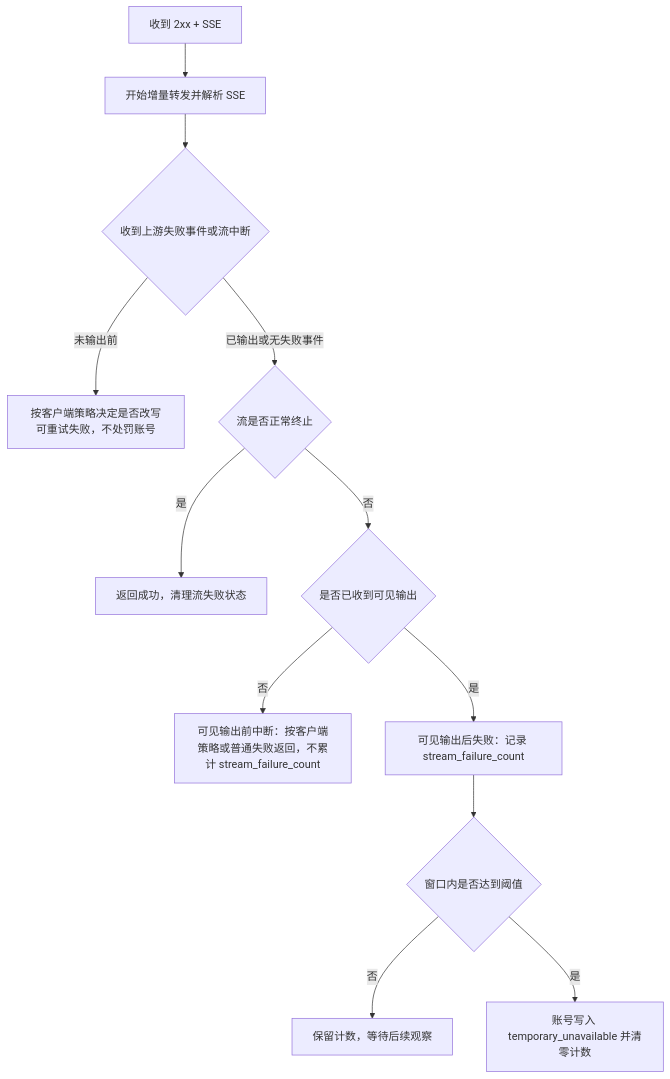
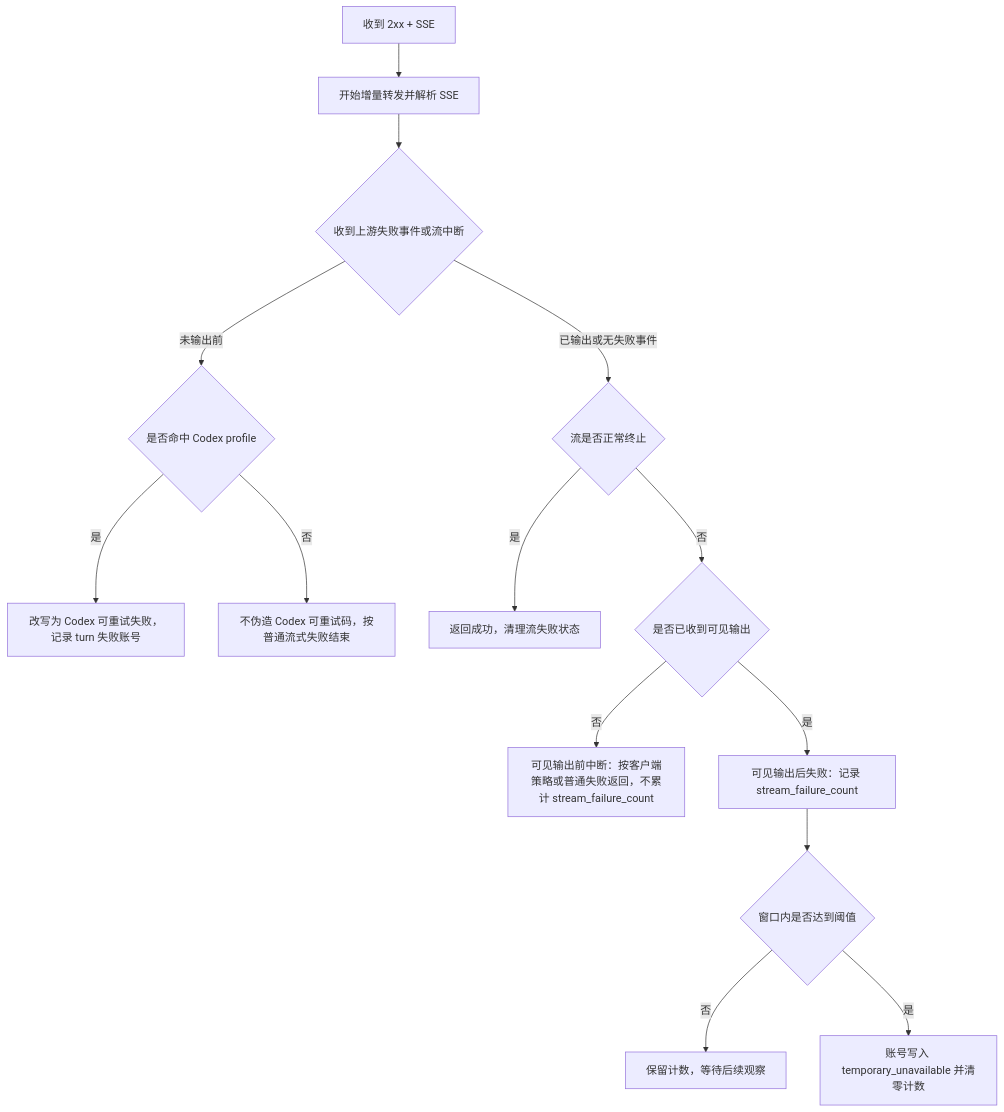
Before and after one commit to huanmin123/juhe-ai: the second of 2 diagrams in docs/functions/网关异常重试与兜底策略.md, drawn with Mermaid. The commit also changed other lines of this file and 47 other files, not shown here.

````diff
--- a/docs/functions/网关异常重试与兜底策略.md
+++ b/docs/functions/网关异常重试与兜底策略.md
@@ -91,14 +91,16 @@
 ```mermaid
 flowchart TD
   A["收到 2xx + SSE"] --> B["开始增量转发并解析 SSE"]
   B --> C{"收到上游失败事件或流中断"}
-  C -- "未输出前" --> D["按客户端策略决定是否改写可重试失败，不处罚账号"]
+  C -- "未输出前" --> D{"是否命中 Codex profile"}
+  D -- "是" --> M["改写为 Codex 可重试失败，记录 turn 失败账号"]
+  D -- "否" --> N["不伪造 Codex 可重试码，按普通流式失败结束"]
   C -- "已输出或无失败事件" --> E{"流是否正常终止"}
   E -- "是" --> F["返回成功，清理流失败状态"]
   E -- "否" --> G{"是否已收到可见输出"}
   G -- "否" --> H["可见输出前中断：按客户端策略或普通失败返回，不累计 stream_failure_count"]
   G -- "是" --> I["可见输出后失败：记录 stream_failure_count"]
   I --> J{"窗口内是否达到阈值"}
   J -- "否" --> K["保留计数，等待后续观察"]
   J -- "是" --> L["账号写入 temporary_unavailable 并清零计数"]
 ```
````
